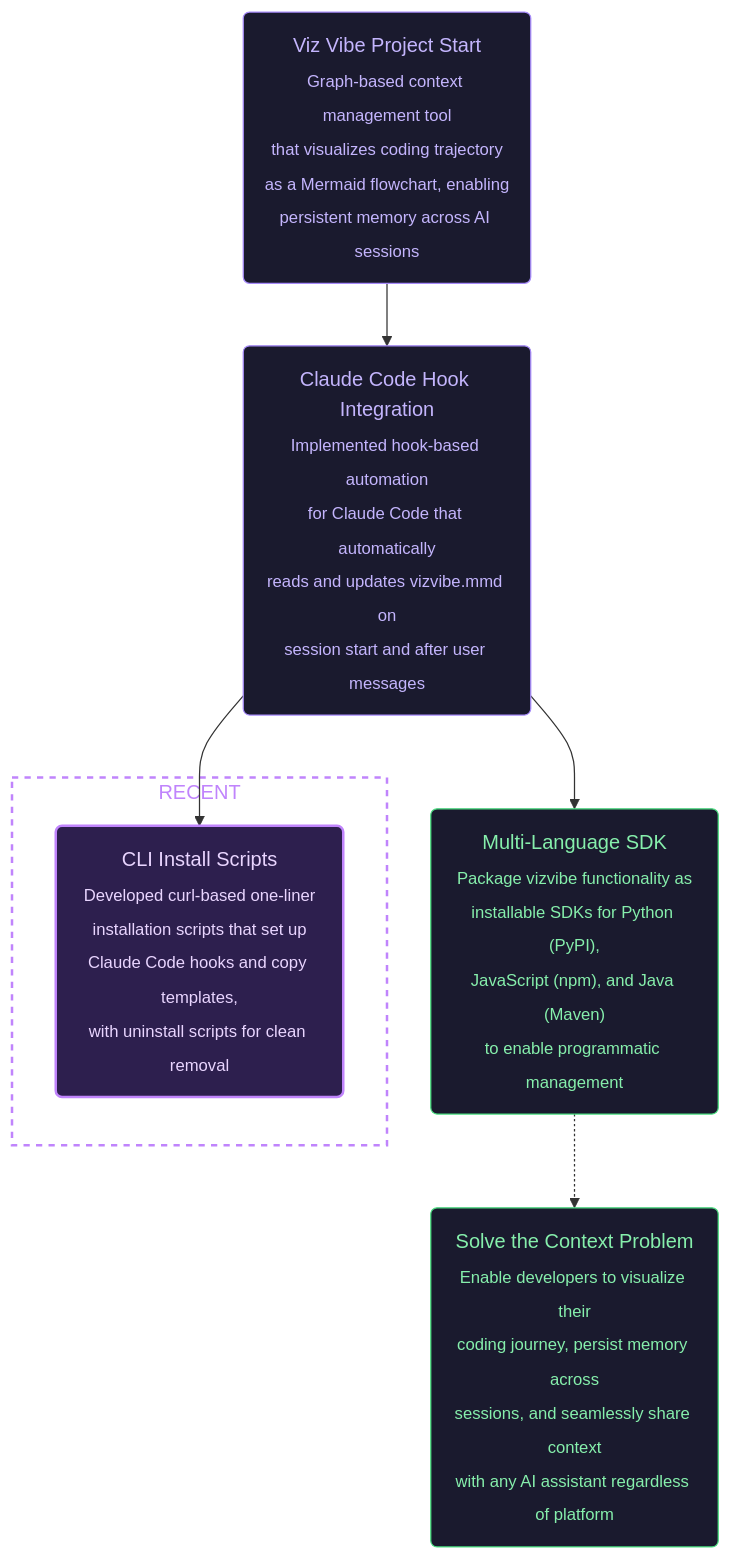
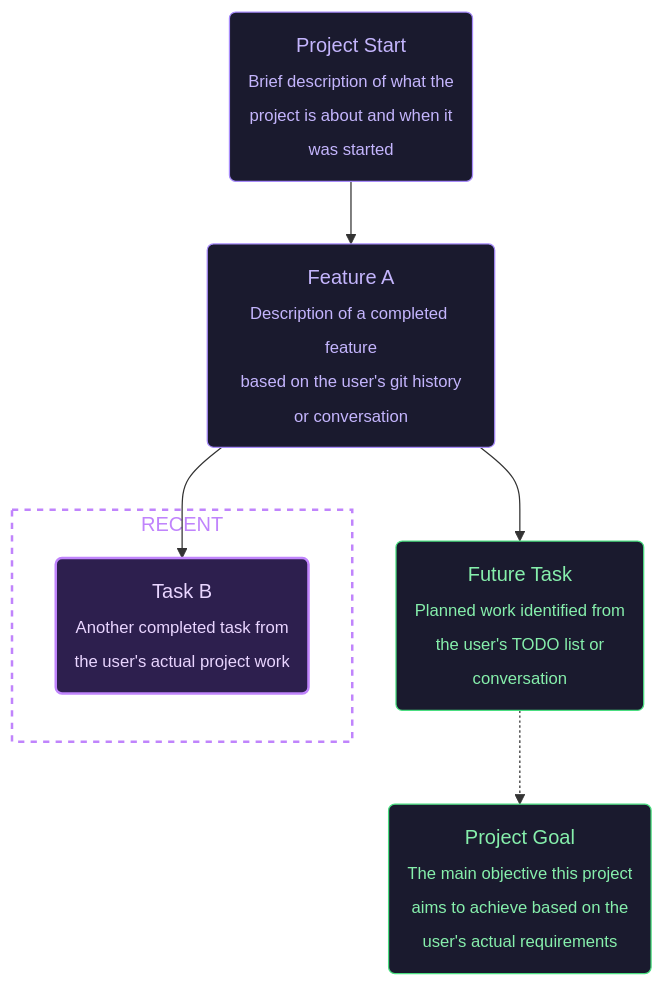
The fifth of 11 diagrams in shared/templates/VIZVIBE.md (NamHyeongKeol/viz-vibe), drawn with Mermaid before and after one commit. The commit also changed other lines of this file and 4 other files, not shown here.

First line of the commit message:
fix(docs): use generic examples to prevent AI copying viz-vibe content

````diff
--- a/shared/templates/VIZVIBE.md
+++ b/shared/templates/VIZVIBE.md
@@ -395,53 +405,49 @@
 ```mermaid
 flowchart TD
     %% === PROJECT GOALS ===
-    %% Ultimate Goal: Make human-AI collaboration seamless with visual context maps
+    %% Ultimate Goal: [Describe the user's project goal here]
 
     %% === START ===
-    %% @project_start [start, closed, 2026-01-09, nam]
-    project_start("Viz Vibe Project Start<br/><sub>Graph-based context management tool<br/>that visualizes coding trajectory<br/>as a Mermaid flowchart, enabling<br/>persistent memory across AI sessions</sub>")
+    %% @project_start [start, closed, 2026-01-09, user]
+    project_start("Project Start<br/><sub>Brief description of what the<br/>project is about and when it<br/>was started</sub>")
 
-    %% @ultimate_goal [end, opened, 2026-01-09, nam]
-    ultimate_goal("Solve the Context Problem<br/><sub>Enable developers to visualize their<br/>coding journey, persist memory across<br/>sessions, and seamlessly share context<br/>with any AI assistant regardless of platform</sub>")
+    %% @ultimate_goal [end, opened, 2026-01-09, user]
+    ultimate_goal("Project Goal<br/><sub>The main objective this project<br/>aims to achieve based on the<br/>user's actual requirements</sub>")
 
     %% === COMPLETED WORK ===
-    %% @claude_code_integration [ai-task, closed, 2026-01-09, nam]
-    claude_code_integration("Claude Code Hook Integration<br/><sub>Implemented hook-based automation<br/>for Claude Code that automatically<br/>reads and updates vizvibe.mmd on<br/>session start and after user messages</sub>")
+    %% @feature_a [ai-task, closed, 2026-01-09, user]
+    feature_a("Feature A<br/><sub>Description of a completed feature<br/>based on the user's git history<br/>or conversation</sub>")
 
-    %% @install_scripts [ai-task, closed, 2026-01-09, nam]
-    install_scripts("CLI Install Scripts<br/><sub>Developed curl-based one-liner<br/>installation scripts that set up<br/>Claude Code hooks and copy templates,<br/>with uninstall scripts for clean removal</sub>")
+    %% @task_b [ai-task, closed, 2026-01-10, user]
+    task_b("Task B<br/><sub>Another completed task from<br/>the user's actual project work</sub>")
 
     %% === FUTURE WORK ===
-    %% @lib_packaging [ai-task, opened, 2026-01-09, nam]
-    lib_packaging("Multi-Language SDK<br/><sub>Package vizvibe functionality as<br/>installable SDKs for Python (PyPI),<br/>JavaScript (npm), and Java (Maven)<br/>to enable programmatic management</sub>")
+    %% @future_task [ai-task, opened, 2026-01-10, user]
+    future_task("Future Task<br/><sub>Planned work identified from<br/>the user's TODO list or<br/>conversation</sub>")
 
     %% === CONNECTIONS ===
-    project_start --> claude_code_integration
-    claude_code_integration --> install_scripts
-    claude_code_integration --> lib_packaging
-    lib_packaging -.-> ultimate_goal
+    project_start --> feature_a
+    feature_a --> task_b
+    feature_a --> future_task
+    future_task -.-> ultimate_goal
 
     %% === RECENT WORK HIGHLIGHT ===
     subgraph recent [RECENT]
-        install_scripts
+        task_b
     end
 
     %% === STYLES ===
-    %% Start node (closed - soft purple)
+    %% Closed tasks (soft purple)
     style project_start fill:#1a1a2e,stroke:#a78bfa,color:#c4b5fd,stroke-width:1px
-
-    %% Ultimate Goal (opened - soft green)
-    style ultimate_goal fill:#1a1a2e,stroke:#4ade80,color:#86efac,stroke-width:1px
-
-    %% Closed tasks (soft purple)
-    style claude_code_integration fill:#1a1a2e,stroke:#a78bfa,color:#c4b5fd,stroke-width:1px
+    style feature_a fill:#1a1a2e,stroke:#a78bfa,color:#c4b5fd,stroke-width:1px
 
     %% Recent node (highlighted purple)
-    style install_scripts fill:#2d1f4e,stroke:#c084fc,color:#e9d5ff,stroke-width:2px
+    style task_b fill:#2d1f4e,stroke:#c084fc,color:#e9d5ff,stroke-width:2px
 
     %% Recent subgraph (dashed border)
     style recent fill:transparent,stroke:#c084fc,color:#c084fc,stroke-width:2px,stroke-dasharray:5 5
 
     %% Open tasks (soft green)
-    style lib_packaging fill:#1a1a2e,stroke:#4ade80,color:#86efac,stroke-width:1px
+    style ultimate_goal fill:#1a1a2e,stroke:#4ade80,color:#86efac,stroke-width:1px
+    style future_task fill:#1a1a2e,stroke:#4ade80,color:#86efac,stroke-width:1px
 ```
````
